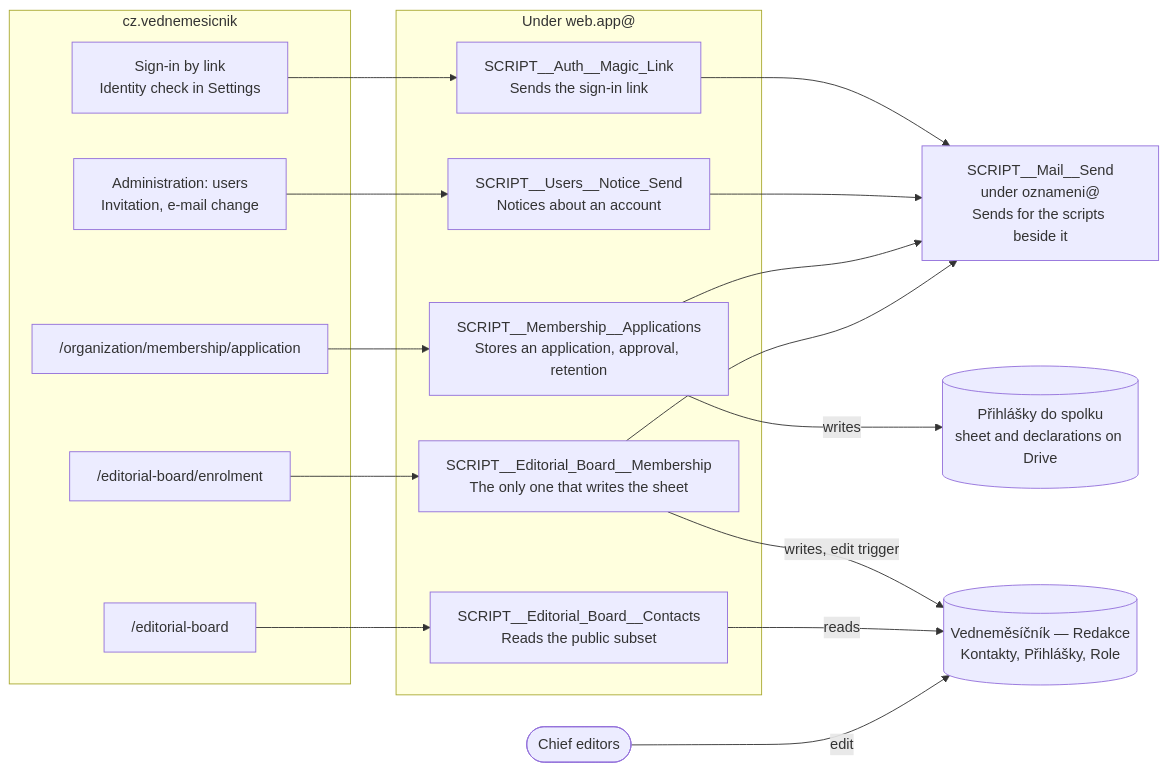
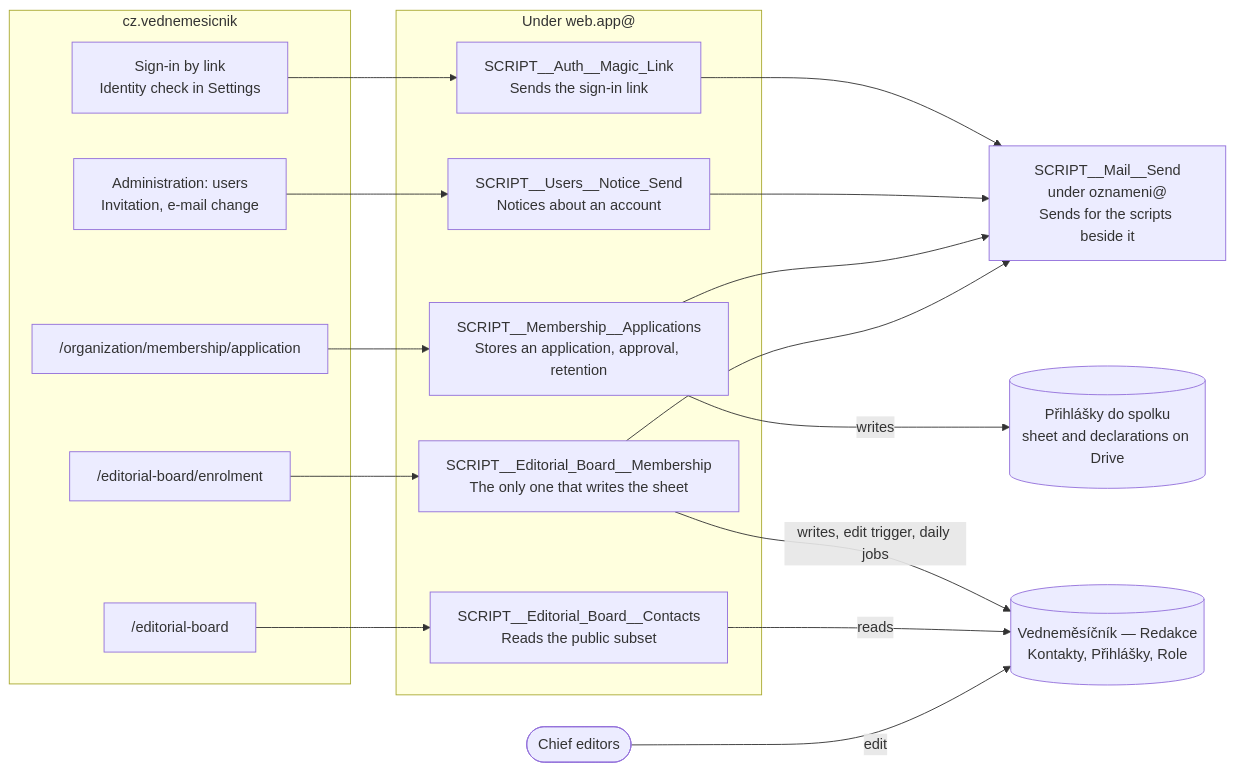
One commit to vednemesicnik/cz.vednemesicnik changed the diagram in docs/_apps-script-web-apps.md. Above: the diagram before and after it, drawn with Mermaid. The commit also changed 4 other files, not shown here.

First line of the commit message:
docs(editorial-board): record the scheduled jobs of the membership script (#957)

````diff
--- a/docs/_apps-script-web-apps.md
+++ b/docs/_apps-script-web-apps.md
@@ -8,38 +8,38 @@
 ```mermaid
 flowchart LR
   subgraph web["cz.vednemesicnik"]
     signIn["Sign-in by link<br/>Identity check in Settings"]
     users["Administration: users<br/>Invitation, e-mail change"]
     application["/organization/membership/application"]
     enrolment["/editorial-board/enrolment"]
     board["/editorial-board"]
   end
 
   subgraph scripts["Under web.app@"]
     magicLink["SCRIPT__Auth__Magic_Link<br/>Sends the sign-in link"]
     usersNotice["SCRIPT__Users__Notice_Send<br/>Notices about an account"]
     membershipApplications["SCRIPT__Membership__Applications<br/>Stores an application, approval, retention"]
     boardMembership["SCRIPT__Editorial_Board__Membership<br/>The only one that writes the sheet"]
     contacts["SCRIPT__Editorial_Board__Contacts<br/>Reads the public subset"]
   end
 
   mailer["SCRIPT__Mail__Send<br/>under oznameni@<br/>Sends for the scripts beside it"]
   membershipStore[("Přihlášky do spolku<br/>sheet and declarations on Drive")]
   editorialSheet[("Vedneměsíčník — Redakce<br/>Kontakty, Přihlášky, Role")]
   chiefEditors(["Chief editors"])
 
   signIn --> magicLink
   users --> usersNotice
   application --> membershipApplications
   enrolment --> boardMembership
   board --> contacts
 
   magicLink --> mailer
   usersNotice --> mailer
   membershipApplications --> mailer
   membershipApplications -->|writes| membershipStore
   boardMembership --> mailer
-  boardMembership -->|"writes, edit trigger"| editorialSheet
+  boardMembership -->|"writes, edit trigger, daily jobs"| editorialSheet
   contacts -->|reads| editorialSheet
   chiefEditors -->|edit| editorialSheet
 ```
````
